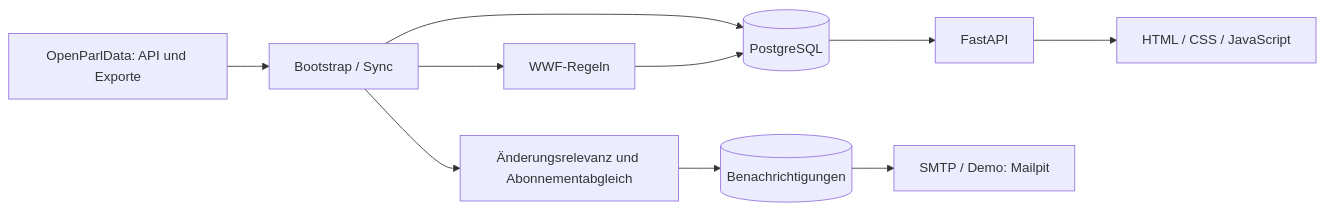
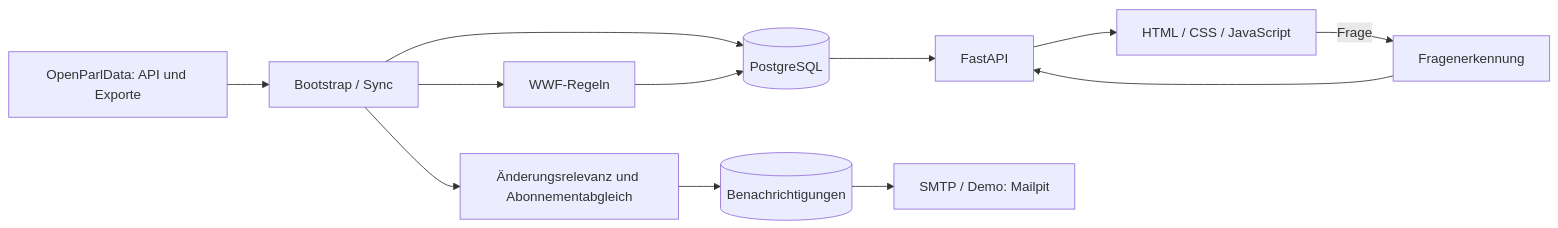
The diagram in docs/03-architecture/system-architecture.md (FatihHayyar/wwf-polit-assistant), drawn with Mermaid before and after one commit. The commit also changed other lines of this file and 33 other files, not shown here.

````diff
--- a/docs/03-architecture/system-architecture.md
+++ b/docs/03-architecture/system-architecture.md
@@ -5,12 +5,14 @@
 ```mermaid
 flowchart LR
     source[OpenParlData: API und Exporte] --> import[Bootstrap / Sync]
     import --> db[(PostgreSQL)]
     import --> classification[WWF-Regeln]
     classification --> db
     db --> api[FastAPI]
     api --> browser[HTML / CSS / JavaScript]
+    browser -->|Frage| ask[Fragenerkennung]
+    ask --> api
     import --> relevance[Änderungsrelevanz und Abonnementabgleich]
     relevance --> queue[(Benachrichtigungen)]
     queue --> smtp[SMTP / Demo: Mailpit]
 ```
````
